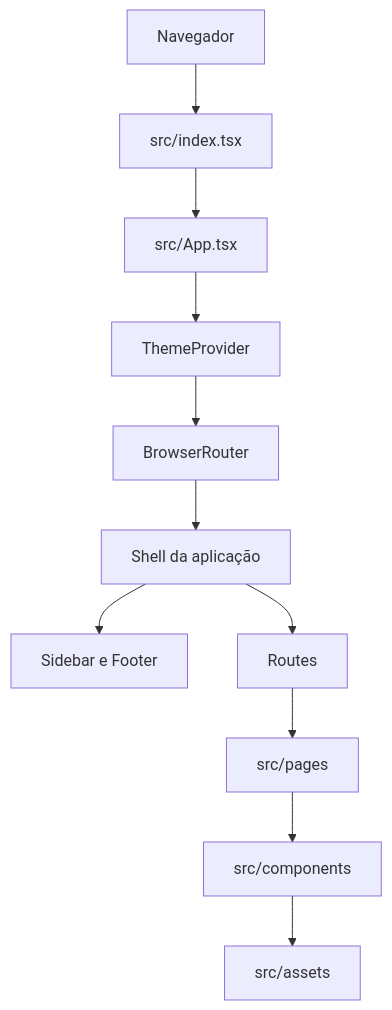
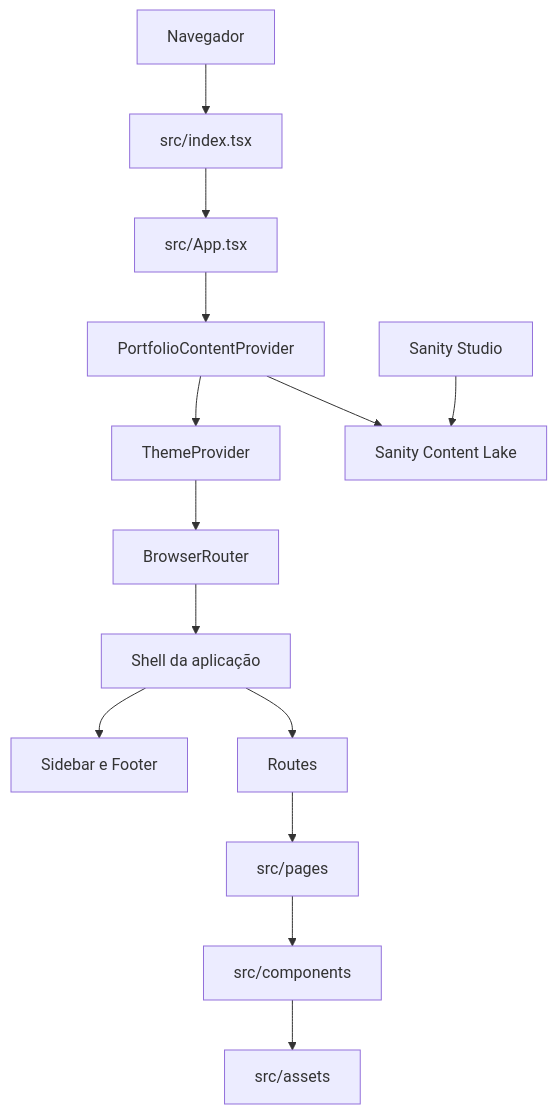
The diagram in README.md (theHprogrammer/my-portfolio), drawn with Mermaid before and after one commit. The commit also changed other lines of this file, not shown here.

Commit message:
docs: document Sanity content workflow

````diff
--- a/README.md
+++ b/README.md
@@ -92,13 +95,16 @@
 ```mermaid
 flowchart TD
     Browser[Navegador] --> Bootstrap[src/index.tsx]
     Bootstrap --> App[src/App.tsx]
-    App --> ThemeProvider[ThemeProvider]
+    App --> ContentProvider[PortfolioContentProvider]
+    ContentProvider --> ThemeProvider[ThemeProvider]
     ThemeProvider --> Router[BrowserRouter]
     Router --> Shell[Shell da aplicação]
     Shell --> Navigation[Sidebar e Footer]
     Shell --> Routes[Routes]
     Routes --> Pages[src/pages]
     Pages --> Components[src/components]
+    ContentProvider --> Sanity[Sanity Content Lake]
+    SanityStudio[Sanity Studio] --> Sanity
     Components --> Assets[src/assets]
 ```
````
